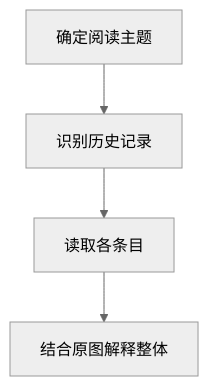
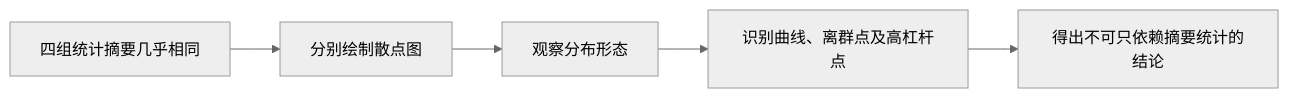
The sixth of 6 diagrams in 15-单一图表/案例A.md (KkkXUE-prog/FIRST-REPO), drawn with Mermaid (neutral theme) before and after one commit. The commit also changed other lines of this file, not shown here.

Commit message:
精修单一图表案例：Anscombe四重奏完整数据清洗与散点分析

````diff
--- a/15-单一图表/案例A.md
+++ b/15-单一图表/案例A.md
@@ -57,6 +162,7 @@
 ```mermaid
-flowchart TD
- A[确定阅读主题] --> B[识别历史记录]
- B --> C[读取各条目]
- C --> D[结合原图解释整体]
+flowchart LR
+ A[四组统计摘要几乎相同] --> B[分别绘制散点图]
+ B --> C[观察分布形态]
+ C --> D[识别曲线、离群点及高杠杆点]
+ D --> E[得出不可只依赖摘要统计的结论]
 ```
````
